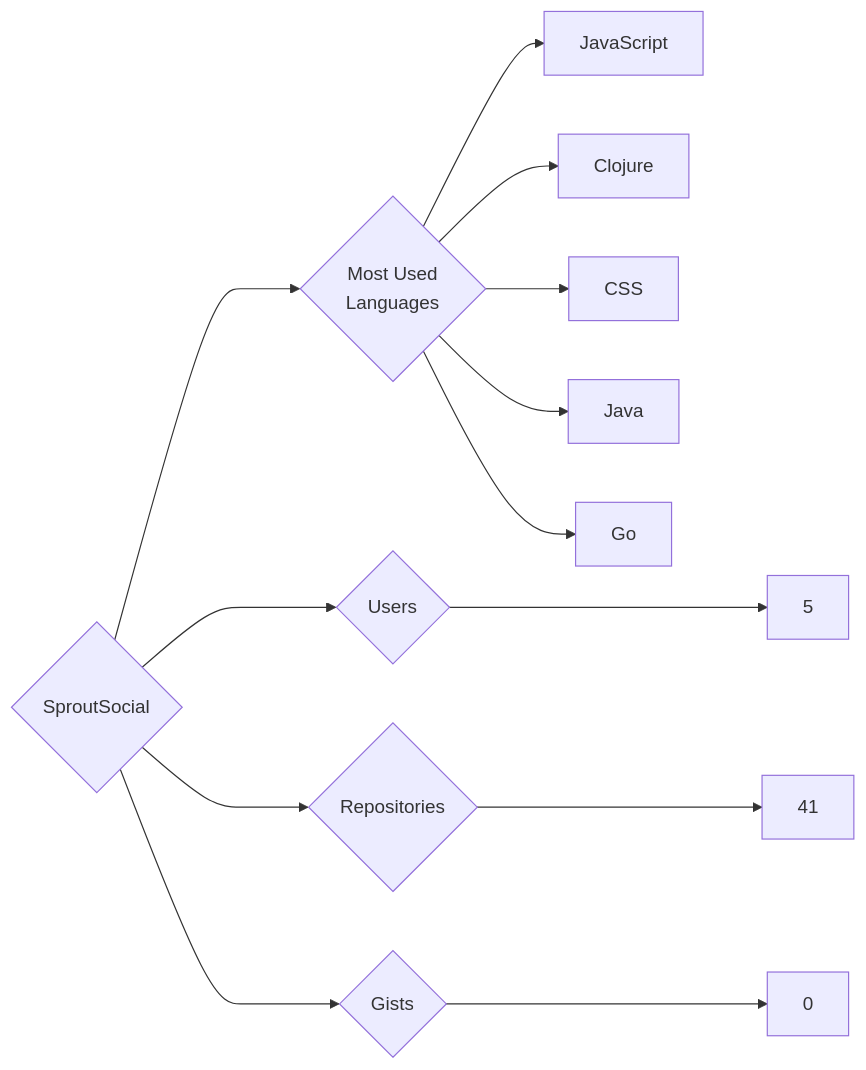
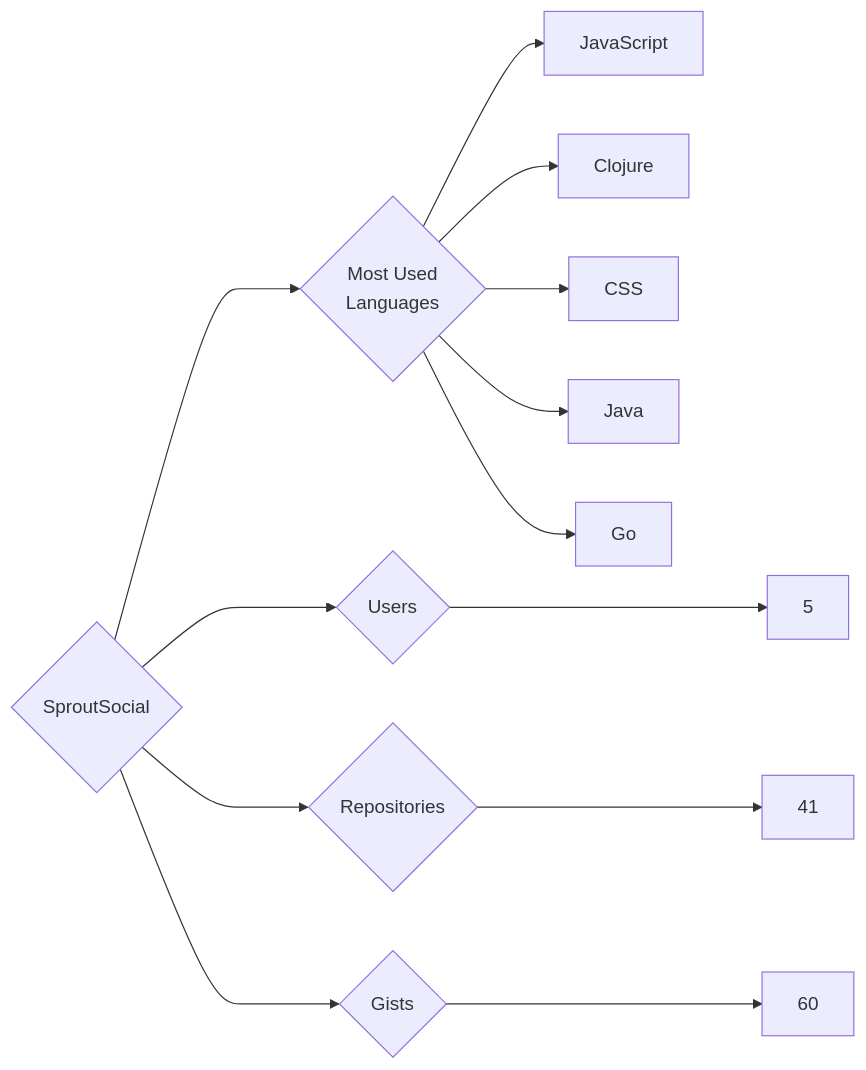
Before and after one commit to trickest/insiders: the diagram in targets/SproutSocial/README.md, drawn with Mermaid. The commit also changed 997 other files, not shown here.

````diff
--- a/targets/SproutSocial/README.md
+++ b/targets/SproutSocial/README.md
@@ -3,13 +3,13 @@
 ```mermaid
 graph LR
 COMPANY_NAME{SproutSocial}
 COMPANY_NAME ---> U{Users} ---> UN[5]
 COMPANY_NAME ---> R{Repositories} ---> RN[41]
-COMPANY_NAME ---> G{Gists} ---> GN[0]
+COMPANY_NAME ---> G{Gists} ---> GN[60]
 COMPANY_NAME ---> ML{Most Used<br>Languages}
-ML --> JavaScript
-ML --> Clojure
-ML --> CSS
-ML --> Java
-ML --> Go
+ML --> JavaScript[JavaScript]
+ML --> Clojure[Clojure]
+ML --> CSS[CSS]
+ML --> Java[Java]
+ML --> Go[Go]
 ```
````
